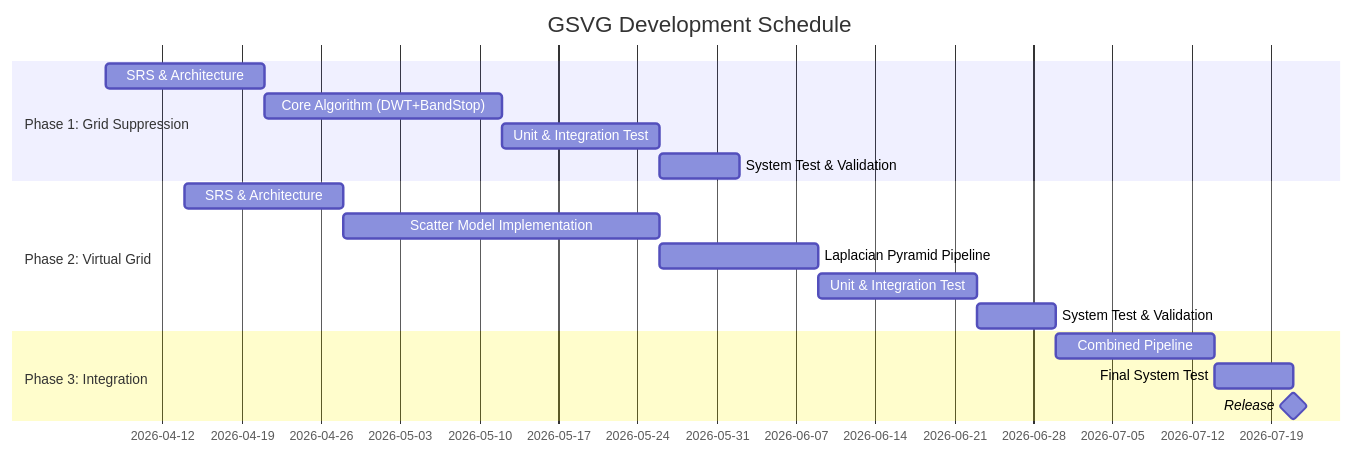
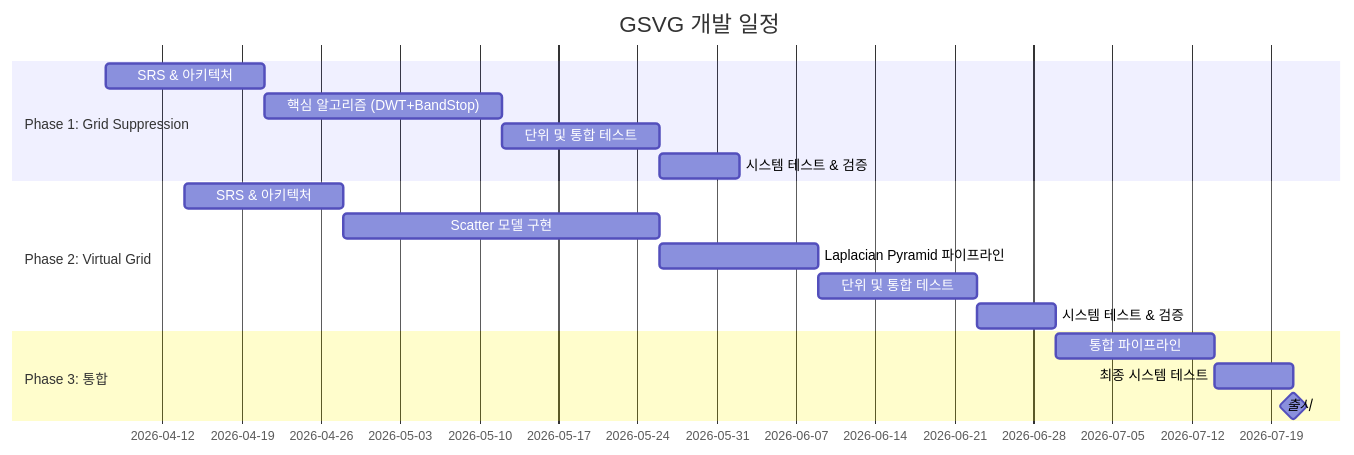
Before and after one commit to holee9/image-processing: the third of 13 diagrams in docs/post-processing/gsvg/GSVG_IEC62304_ClassB_Document_Package.md, drawn with Mermaid. The commit also changed other lines of this file and 51 other files, not shown here.

````diff
--- a/docs/post-processing/gsvg/GSVG_IEC62304_ClassB_Document_Package.md
+++ b/docs/post-processing/gsvg/GSVG_IEC62304_ClassB_Document_Package.md
@@ -134,23 +134,23 @@
 ```mermaid
 gantt
-    title GSVG Development Schedule
+    title GSVG 개발 일정
     dateFormat  YYYY-MM-DD
     
     section Phase 1: Grid Suppression
-    SRS & Architecture           :p1a, 2026-04-07, 14d
-    Core Algorithm (DWT+BandStop):p1b, after p1a, 21d
-    Unit & Integration Test      :p1c, after p1b, 14d
-    System Test & Validation     :p1d, after p1c, 7d
+    SRS & 아키텍처           :p1a, 2026-04-07, 14d
+    핵심 알고리즘 (DWT+BandStop):p1b, after p1a, 21d
+    단위 및 통합 테스트      :p1c, after p1b, 14d
+    시스템 테스트 & 검증     :p1d, after p1c, 7d
     
     section Phase 2: Virtual Grid
-    SRS & Architecture           :p2a, 2026-04-14, 14d
-    Scatter Model Implementation :p2b, after p2a, 28d
-    Laplacian Pyramid Pipeline   :p2c, after p2b, 14d
-    Unit & Integration Test      :p2d, after p2c, 14d
-    System Test & Validation     :p2e, after p2d, 7d
+    SRS & 아키텍처           :p2a, 2026-04-14, 14d
+    Scatter 모델 구현 :p2b, after p2a, 28d
+    Laplacian Pyramid 파이프라인   :p2c, after p2b, 14d
+    단위 및 통합 테스트      :p2d, after p2c, 14d
+    시스템 테스트 & 검증     :p2e, after p2d, 7d
     
-    section Phase 3: Integration
-    Combined Pipeline            :p3a, after p2e, 14d
-    Final System Test            :p3b, after p3a, 7d
-    Release                      :milestone, after p3b, 0d
+    section Phase 3: 통합
+    통합 파이프라인            :p3a, after p2e, 14d
+    최종 시스템 테스트            :p3b, after p3a, 7d
+    출시                      :milestone, after p3b, 0d
 ```
````
